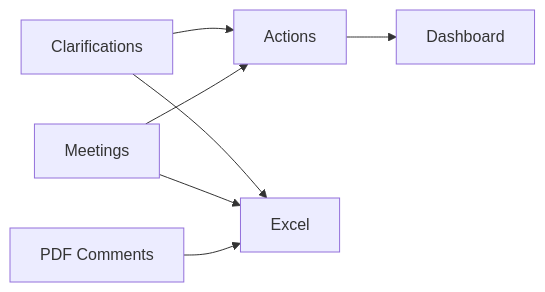
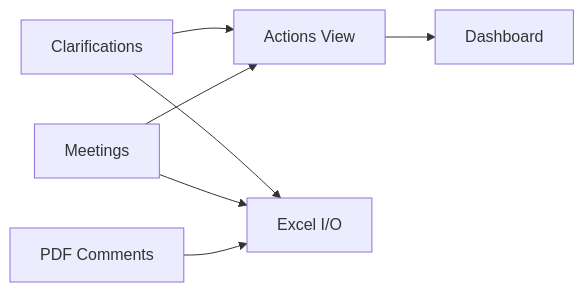
Before and after one commit to XFKI/3.-Clarification_action_tracker_system: the first of 2 diagrams in README.md, drawn with Mermaid. The commit also changed other lines of this file and 3 other files, not shown here.

````diff
--- a/README.md
+++ b/README.md
@@ -18,9 +25,9 @@
 ```mermaid
 flowchart LR
-  A[Clarifications] --> C[Actions]
+  A[Clarifications] --> C[Actions View]
   B[Meetings] --> C
   C --> D[Dashboard]
-  A --> E[Excel]
+  A --> E[Excel I/O]
   B --> E
   F[PDF Comments] --> E
 ```
````
